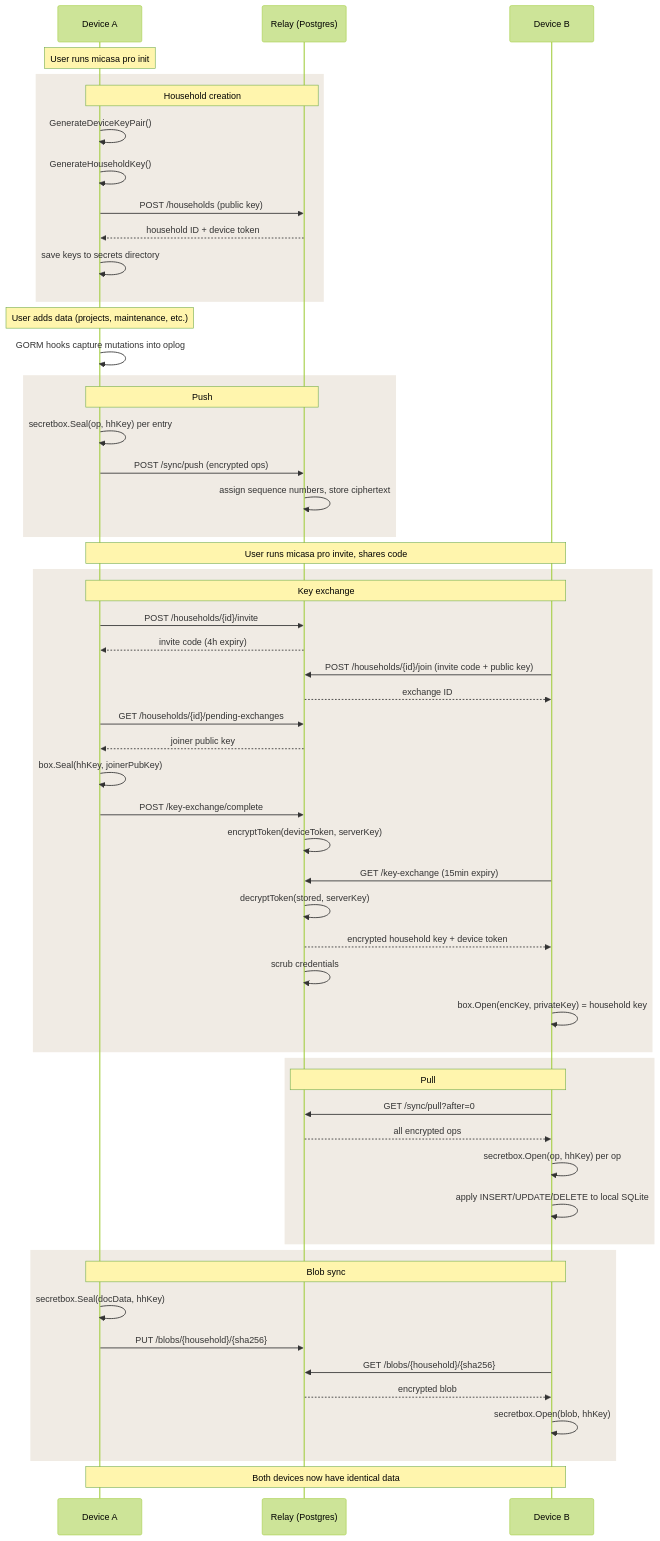
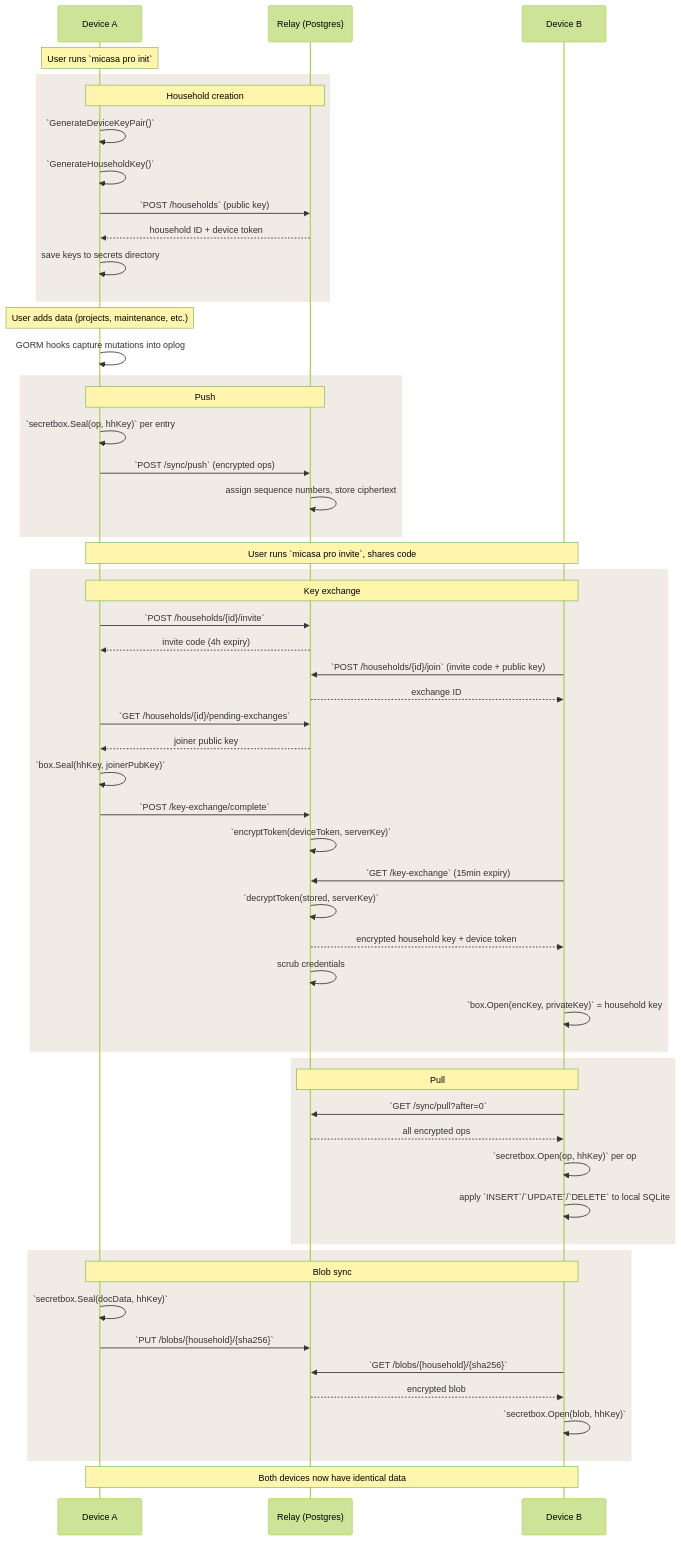
Before and after one commit to micasa-dev/micasa: the third of 3 diagrams in docs/content/docs/development/relay-architecture.md, drawn with Mermaid (forest theme). The commit also changed other lines of this file and 2 other files, not shown here.

Commit message:
docs(website): theme Mermaid diagrams and add inline code formatting (#875)
## Summary

- **Inline code formatting**: Post-render JS scans Mermaid SVG text
nodes for backtick-delimited segments and replaces them with
monospace-styled `<tspan>` elements (JetBrains Mono). Function calls,
API endpoints, CLI commands, and SQL keywords get monospace; prose stays
in Source Serif 4.
- **CSS custom property theming**: All diagram colors — sequence
diagrams (actors, arrows, notes, lifelines, labels, activations) and ER
diagrams (entity boxes, relationship lines, markers, edge labels) — are
overridden via external CSS using `var(--linen)`, `var(--terracotta)`,
`var(--charcoal-soft)`, etc. with `!important`. Theme toggles update CSS
variables instantly with zero JS re-rendering.
- **Rect group backgrounds**: Post-processing replaces hardcoded `fill`
attributes with `style.fill = "var(--linen)"` so they adapt to theme
toggles.
- **Actor labels**: DM Serif Display font via CSS to match site
headings.
- Applied to all three sequence diagrams in relay architecture docs.

---------

````diff
--- a/docs/content/docs/development/relay-architecture.md
+++ b/docs/content/docs/development/relay-architecture.md
@@ -159,66 +159,66 @@
 ```mermaid
 sequenceDiagram
     participant A as Device A
     participant R as Relay (Postgres)
     participant B as Device B
 
-    Note over A: User runs micasa pro init
+    Note over A: User runs `micasa pro init`
 
     rect rgb(240, 235, 228)
     Note over A,R: Household creation
-    A->>A: GenerateDeviceKeyPair()
-    A->>A: GenerateHouseholdKey()
-    A->>R: POST /households (public key)
+    A->>A: `GenerateDeviceKeyPair()`
+    A->>A: `GenerateHouseholdKey()`
+    A->>R: `POST /households` (public key)
     R-->>A: household ID + device token
     A->>A: save keys to secrets directory
     end
 
     Note over A: User adds data (projects, maintenance, etc.)
     A->>A: GORM hooks capture mutations into oplog
 
     rect rgb(240, 235, 228)
     Note over A,R: Push
-    A->>A: secretbox.Seal(op, hhKey) per entry
-    A->>R: POST /sync/push (encrypted ops)
+    A->>A: `secretbox.Seal(op, hhKey)` per entry
+    A->>R: `POST /sync/push` (encrypted ops)
     R->>R: assign sequence numbers, store ciphertext
     end
 
-    Note over A,B: User runs micasa pro invite, shares code
+    Note over A,B: User runs `micasa pro invite`, shares code
 
     rect rgb(240, 235, 228)
     Note over A,B: Key exchange
-    A->>R: POST /households/{id}/invite
+    A->>R: `POST /households/{id}/invite`
     R-->>A: invite code (4h expiry)
-    B->>R: POST /households/{id}/join (invite code + public key)
+    B->>R: `POST /households/{id}/join` (invite code + public key)
     R-->>B: exchange ID
-    A->>R: GET /households/{id}/pending-exchanges
+    A->>R: `GET /households/{id}/pending-exchanges`
     R-->>A: joiner public key
-    A->>A: box.Seal(hhKey, joinerPubKey)
-    A->>R: POST /key-exchange/complete
-    R->>R: encryptToken(deviceToken, serverKey)
-    B->>R: GET /key-exchange (15min expiry)
-    R->>R: decryptToken(stored, serverKey)
+    A->>A: `box.Seal(hhKey, joinerPubKey)`
+    A->>R: `POST /key-exchange/complete`
+    R->>R: `encryptToken(deviceToken, serverKey)`
+    B->>R: `GET /key-exchange` (15min expiry)
+    R->>R: `decryptToken(stored, serverKey)`
     R-->>B: encrypted household key + device token
     R->>R: scrub credentials
-    B->>B: box.Open(encKey, privateKey) = household key
+    B->>B: `box.Open(encKey, privateKey)` = household key
     end
 
     rect rgb(240, 235, 228)
     Note over B,R: Pull
-    B->>R: GET /sync/pull?after=0
+    B->>R: `GET /sync/pull?after=0`
     R-->>B: all encrypted ops
-    B->>B: secretbox.Open(op, hhKey) per op
-    B->>B: apply INSERT/UPDATE/DELETE to local SQLite
+    B->>B: `secretbox.Open(op, hhKey)` per op
+    B->>B: apply `INSERT`/`UPDATE`/`DELETE` to local SQLite
     end
 
     rect rgb(240, 235, 228)
     Note over A,B: Blob sync
-    A->>A: secretbox.Seal(docData, hhKey)
-    A->>R: PUT /blobs/{household}/{sha256}
-    B->>R: GET /blobs/{household}/{sha256}
+    A->>A: `secretbox.Seal(docData, hhKey)`
+    A->>R: `PUT /blobs/{household}/{sha256}`
+    B->>R: `GET /blobs/{household}/{sha256}`
     R-->>B: encrypted blob
-    B->>B: secretbox.Open(blob, hhKey)
+    B->>B: `secretbox.Open(blob, hhKey)`
     end
 
     Note over A,B: Both devices now have identical data
 ```
````
